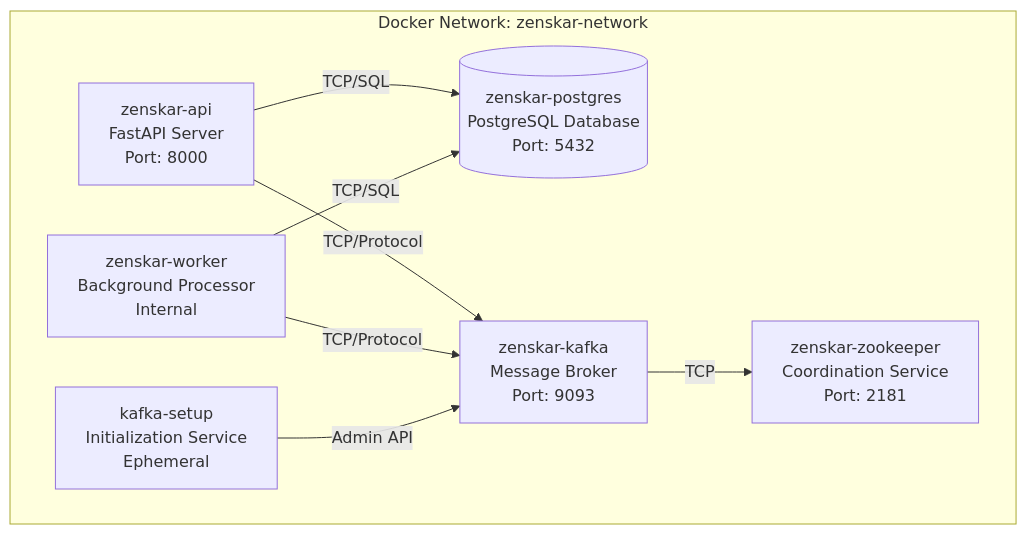
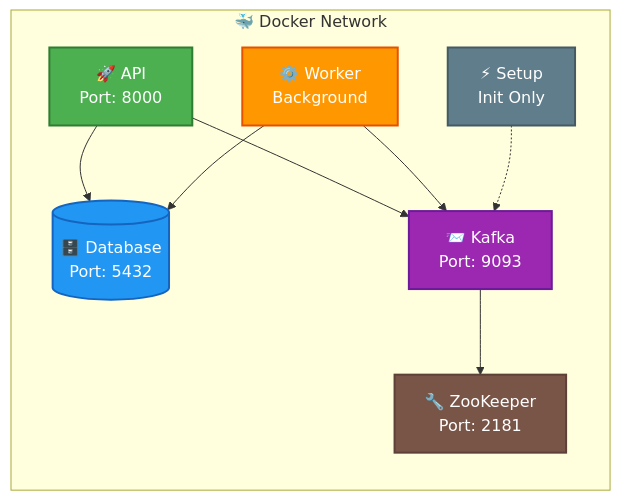
Before and after one commit to Shashankpantiitbhilai/SyncFlow: the second of 6 diagrams in README.md, drawn with Mermaid. The commit also changed other lines of this file, not shown here.

````diff
--- a/README.md
+++ b/README.md
@@ -140,18 +148,25 @@
 ```mermaid
-graph TB
-    subgraph "Docker Network: zenskar-network"
-        API[zenskar-api<br/>FastAPI Server<br/>Port: 8000]
-        WORKER[zenskar-worker<br/>Background Processor<br/>Internal]
-        DB[(zenskar-postgres<br/>PostgreSQL Database<br/>Port: 5432)]
-        KAFKA[zenskar-kafka<br/>Message Broker<br/>Port: 9093]
-        ZK[zenskar-zookeeper<br/>Coordination Service<br/>Port: 2181]
-        SETUP[kafka-setup<br/>Initialization Service<br/>Ephemeral]
+graph LR
+    subgraph Docker["🐳 Docker Network"]
+        API[🚀 API<br/>Port: 8000]:::api
+        WORKER[⚙️ Worker<br/>Background]:::worker
+        DB[(🗄️ Database<br/>Port: 5432)]:::db
+        KAFKA[📨 Kafka<br/>Port: 9093]:::kafka
+        ZK[🔧 ZooKeeper<br/>Port: 2181]:::zk
+        SETUP[⚡ Setup<br/>Init Only]:::setup
     end
     
-    API -->|TCP/SQL| DB
-    API -->|TCP/Protocol| KAFKA
-    WORKER -->|TCP/Protocol| KAFKA
-    WORKER -->|TCP/SQL| DB
-    KAFKA -->|TCP| ZK
-    SETUP -->|Admin API| KAFKA
+    API --> DB
+    API --> KAFKA
+    WORKER --> KAFKA
+    WORKER --> DB
+    KAFKA --> ZK
+    SETUP -.-> KAFKA
+
+    classDef api fill:#4CAF50,stroke:#2E7D32,stroke-width:2px,color:#fff
+    classDef worker fill:#FF9800,stroke:#E65100,stroke-width:2px,color:#fff
+    classDef db fill:#2196F3,stroke:#1565C0,stroke-width:2px,color:#fff
+    classDef kafka fill:#9C27B0,stroke:#6A1B9A,stroke-width:2px,color:#fff
+    classDef zk fill:#795548,stroke:#5D4037,stroke-width:2px,color:#fff
+    classDef setup fill:#607D8B,stroke:#455A64,stroke-width:2px,color:#fff
 ```
````
